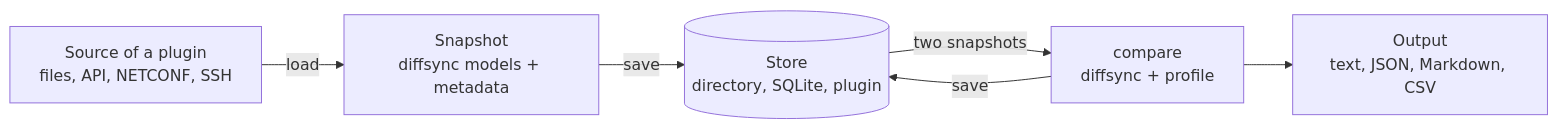
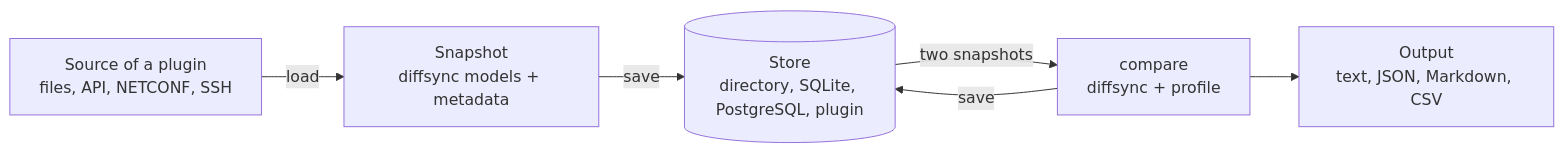
Before and after one commit to antoinekh/snapdelta: the diagram in README.md, drawn with Mermaid. The commit also changed other lines of this file and 18 other files, not shown here.

Commit message:
feat(postgres): add the postgresql store backend as the snapdelta-postgres plugin

````diff
--- a/README.md
+++ b/README.md
@@ -62,8 +62,8 @@
 ```mermaid
 flowchart LR
     A["Source of a plugin<br/>files, API, NETCONF, SSH"] -->|load| B["Snapshot<br/>diffsync models + metadata"]
-    B -->|save| S[("Store<br/>directory, SQLite, plugin")]
+    B -->|save| S[("Store<br/>directory, SQLite, PostgreSQL, plugin")]
     S -->|two snapshots| C["compare<br/>diffsync + profile"]
     C -->|save| S
     C --> O["Output<br/>text, JSON, Markdown, CSV"]
 ```
````
